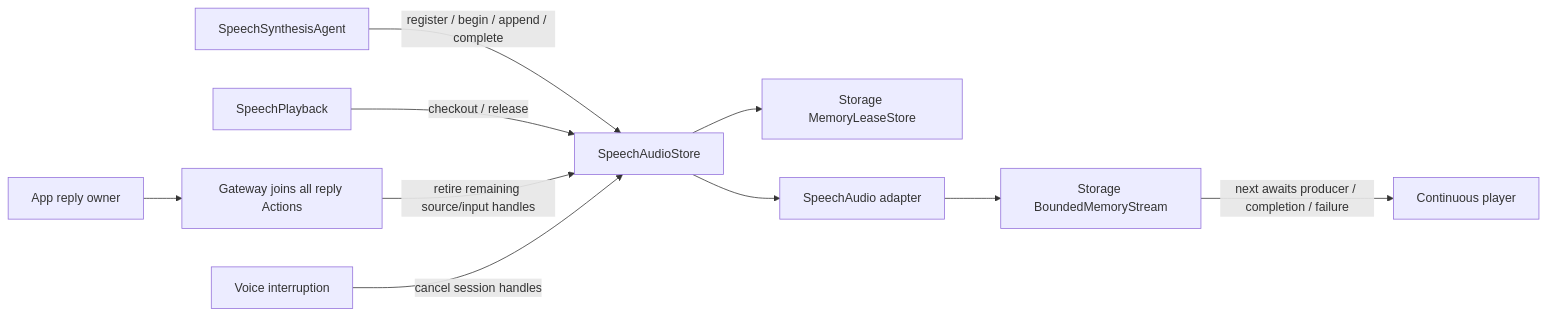
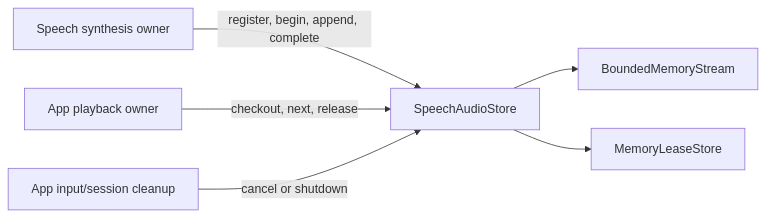
One commit to devilyouwei/MobileHarness changed the diagram in MobileHarness/Storage/Audio/README.md. Above: the diagram before and after it, drawn with Mermaid. The commit also changed other lines of this file and 116 other files, not shown here.

````diff
--- a/MobileHarness/Storage/Audio/README.md
+++ b/MobileHarness/Storage/Audio/README.md
@@ -15,12 +15,8 @@
 ```mermaid
 flowchart LR
-    Agent[SpeechSynthesisAgent] -->|register / begin / append / complete| Adapter[SpeechAudioStore]
-    Adapter --> Handles[Storage MemoryLeaseStore]
-    Adapter --> Audio[SpeechAudio adapter]
-    Audio --> Stream[Storage BoundedMemoryStream]
-    Action[SpeechPlayback] -->|checkout / release| Adapter
-    Reply[App reply owner] --> Barrier[Gateway joins all reply Actions]
-    Barrier -->|retire remaining source/input handles| Adapter
-    Stop[Voice interruption] -->|cancel session handles| Adapter
-    Stream -->|next awaits producer / completion / failure| Player[Continuous player]
+ Producer[Speech synthesis owner] -->|register, begin, append, complete| Store[SpeechAudioStore]
+ Player[App playback owner] -->|checkout, next, release| Store
+ Scope[App input/session cleanup] -->|cancel or shutdown| Store
+ Store --> Stream[BoundedMemoryStream]
+ Store --> Lease[MemoryLeaseStore]
 ```
````
